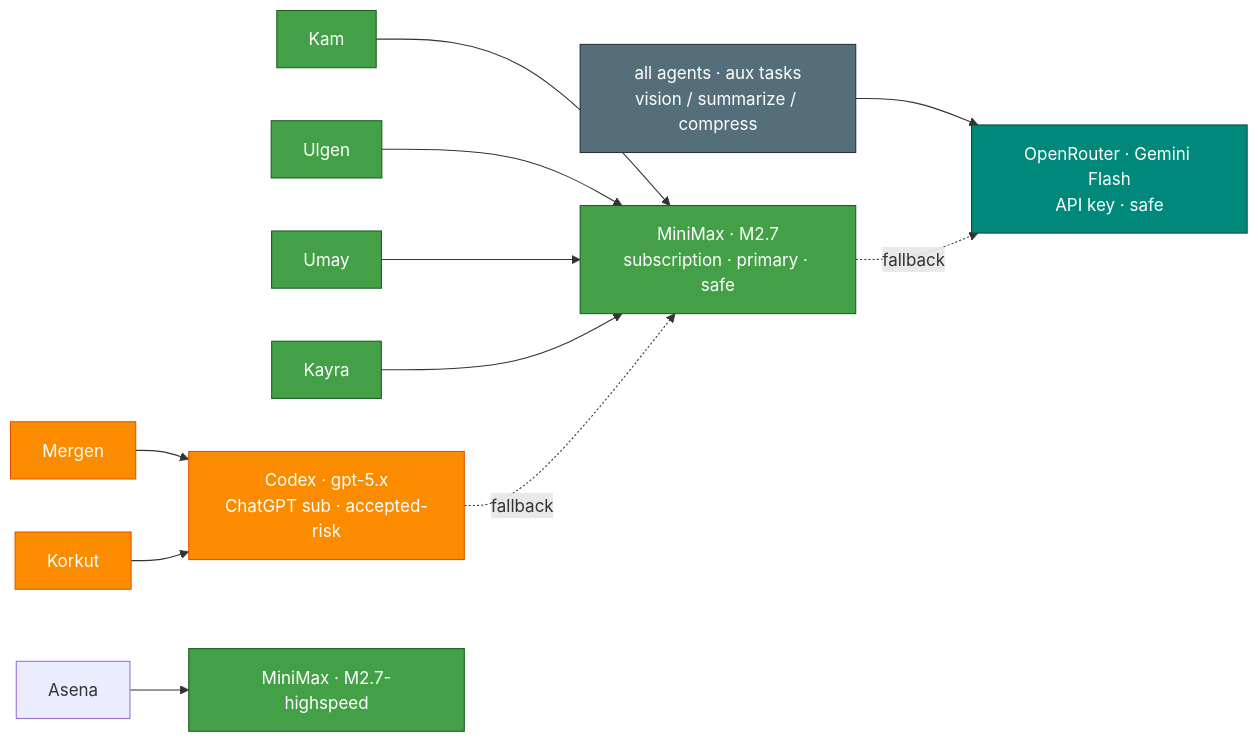
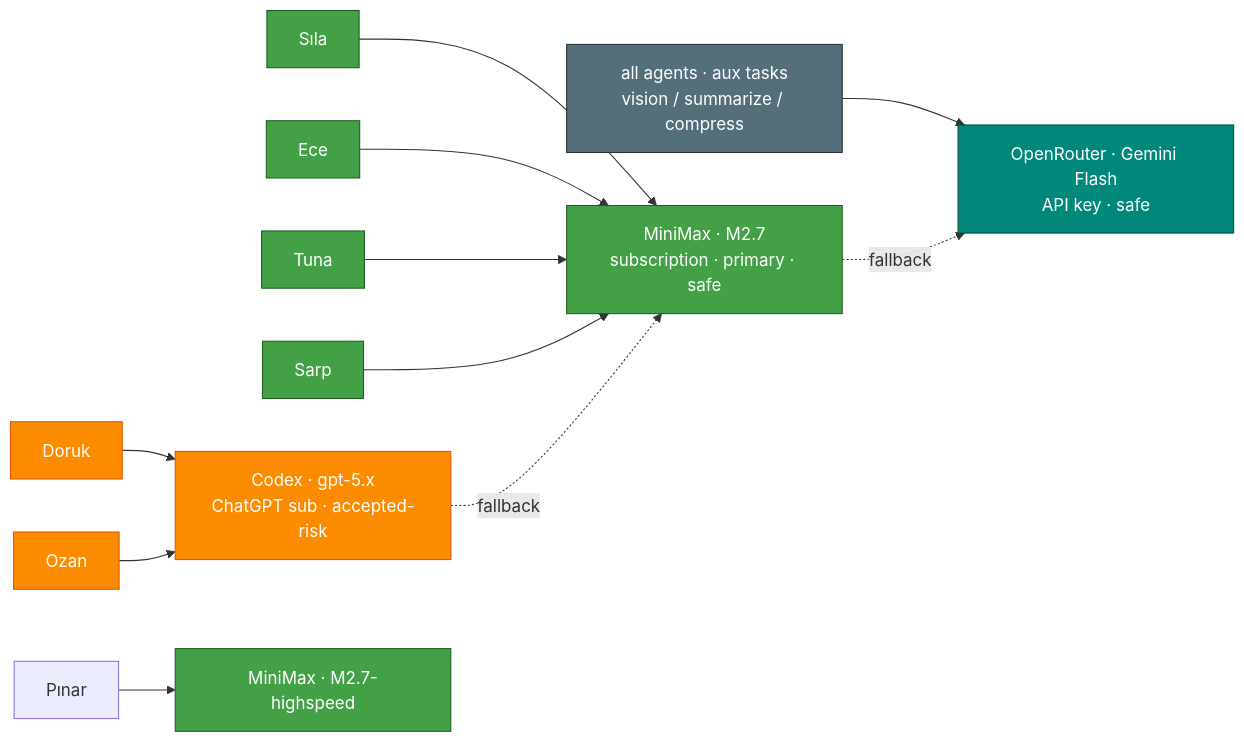
One commit to mpolatcan/hermes-setup changed the diagram in docs/04-models.md. Above: the diagram before and after it, drawn with Mermaid. The commit also changed other lines of this file and 14 other files, not shown here.

First line of the commit message:
Rewrite plan: native single-Mini architecture + Turkish studio crew

````diff
--- a/docs/04-models.md
+++ b/docs/04-models.md
@@ -7,17 +7,17 @@
 ```mermaid
 flowchart LR
-    Mergen & Korkut --> codex["Codex · gpt-5.x<br/>ChatGPT sub · accepted-risk"]
-    Kam & Ulgen & Umay & Kayra --> mini["MiniMax · M2.7<br/>subscription · primary · safe"]
-    Asena --> mhs["MiniMax · M2.7-highspeed"]
+    Doruk & Ozan --> codex["Codex · gpt-5.x<br/>ChatGPT sub · accepted-risk"]
+    Sila["Sıla"] & Ece & Tuna & Sarp --> mini["MiniMax · M2.7<br/>subscription · primary · safe"]
+    Pinar["Pınar"] --> mhs["MiniMax · M2.7-highspeed"]
     aux["all agents · aux tasks<br/>vision / summarize / compress"] --> or["OpenRouter · Gemini Flash<br/>API key · safe"]
     codex -. fallback .-> mini
     mini -. fallback .-> or
     classDef codex fill:#FB8C00,stroke:#E65100,color:#fff
     classDef mini fill:#43A047,stroke:#1B5E20,color:#fff
     classDef ext fill:#00897B,stroke:#004D40,color:#fff
     classDef neutral fill:#546E7A,stroke:#263238,color:#fff
-    class Mergen,Korkut,codex codex
-    class Kam,Ulgen,Umay,Kayra,mini,mhs mini
+    class Doruk,Ozan,codex codex
+    class Sila,Ece,Tuna,Sarp,mini,mhs mini
     class or ext
     class aux neutral
 ```
````
